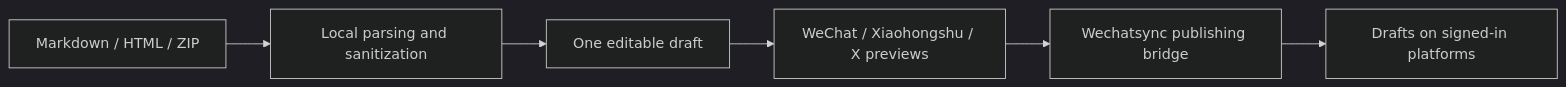
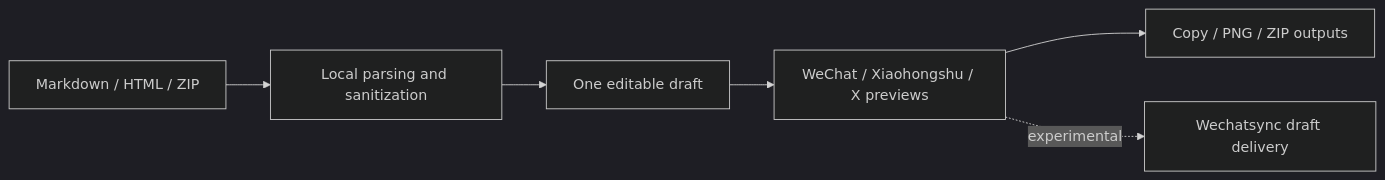
Before and after one commit to KeepATARAXIA/ezWriting: the diagram in README.md, drawn with Mermaid (dark theme). The commit also changed other lines of this file and 48 other files, not shown here.

````diff
--- a/README.md
+++ b/README.md
@@ -34,8 +34,8 @@
 ```mermaid
 flowchart LR
     A["Markdown / HTML / ZIP"] --> B["Local parsing and sanitization"]
     B --> C["One editable draft"]
     C --> D["WeChat / Xiaohongshu / X previews"]
-    D --> E["Wechatsync publishing bridge"]
-    E --> F["Drafts on signed-in platforms"]
+    D --> E["Copy / PNG / ZIP outputs"]
+    D -. "experimental" .-> F["Wechatsync draft delivery"]
 ```
````
